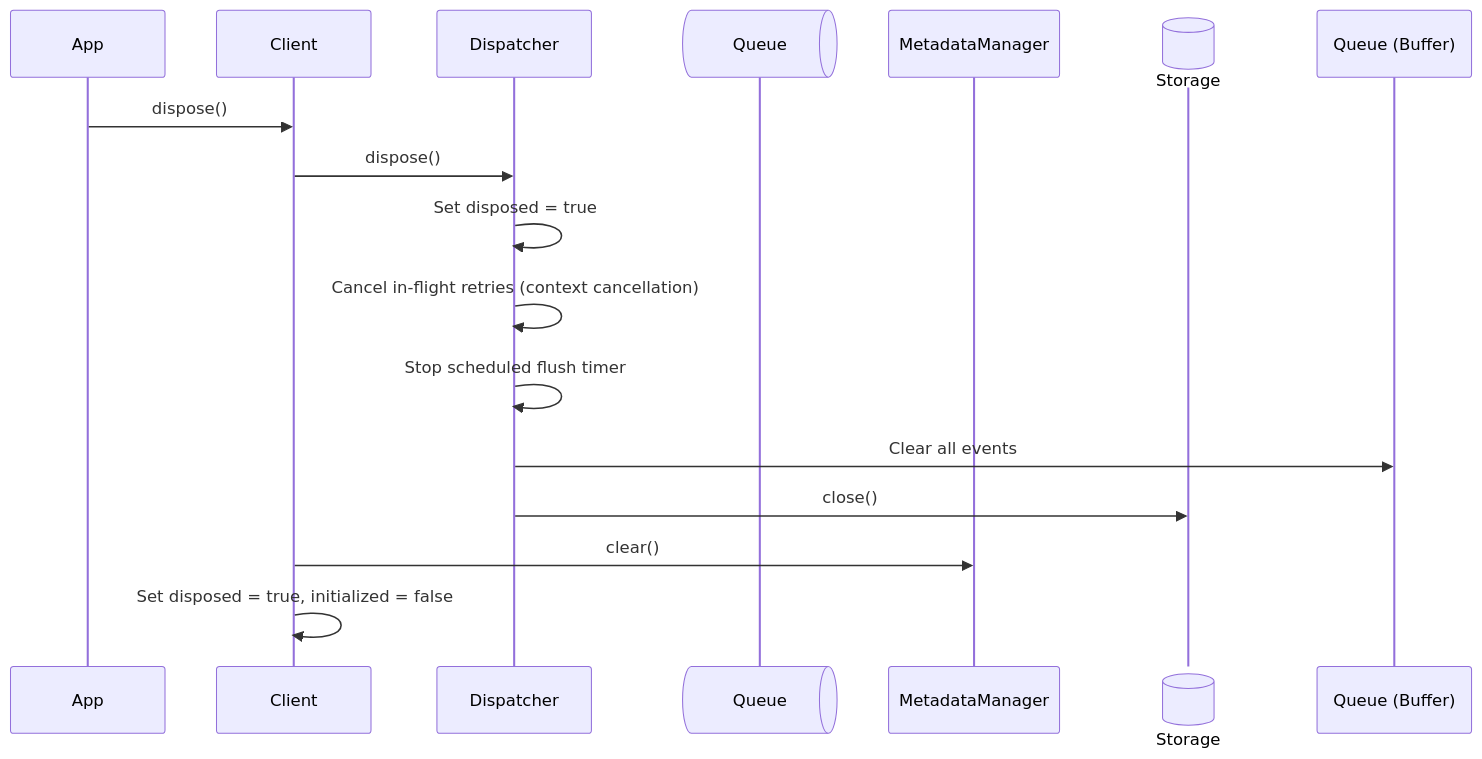
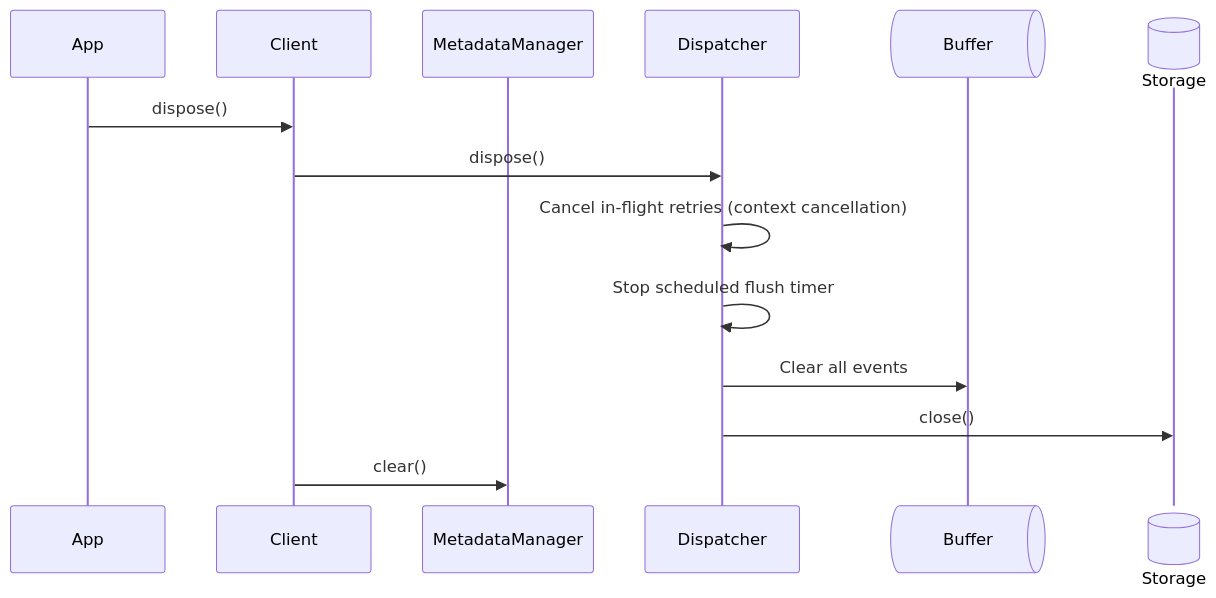
One commit to Tap30/ripple changed the fifth of 9 diagrams in DESIGN_AND_CONTRACTS.md. Above: the diagram before and after it, drawn with Mermaid. The commit also changed other lines of this file, not shown here.

Commit message:
Refactor queue to buffer in design document

````diff
--- a/DESIGN_AND_CONTRACTS.md
+++ b/DESIGN_AND_CONTRACTS.md
@@ -357,19 +358,17 @@
 ```mermaid
 sequenceDiagram
     participant App
     participant Client
+    participant MetadataManager
     participant Dispatcher
-    participant Queue@{ "type" : "queue" }
-    participant MetadataManager
+    participant Buffer@{ "type" : "queue" }
     participant Storage@{ "type" : "database" }
 
     App->>Client: dispose()
     Client->>Dispatcher: dispose()
-    Dispatcher->>Dispatcher: Set disposed = true
     Dispatcher->>Dispatcher: Cancel in-flight retries (context cancellation)
     Dispatcher->>Dispatcher: Stop scheduled flush timer
-    Dispatcher->>Queue (Buffer): Clear all events
+    Dispatcher->>Buffer: Clear all events
     Dispatcher->>Storage: close()
     Client->>MetadataManager: clear()
-    Client->>Client: Set disposed = true, initialized = false
 ```
````
